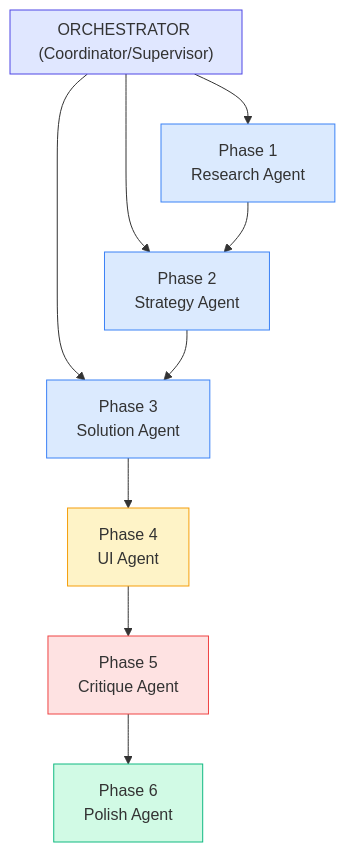
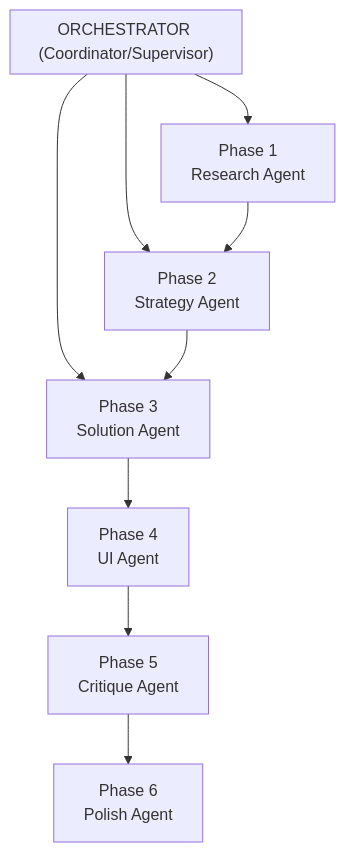
One commit to smileynet/ui-optimizer changed the diagram in docs/workflow/orchestrator.md. Above: the diagram before and after it, drawn with Mermaid. The commit also changed 6 other files, not shown here.

First line of the commit message:
fix: remove hardcoded Mermaid fill colors for dark mode compatibility

````diff
--- a/docs/workflow/orchestrator.md
+++ b/docs/workflow/orchestrator.md
@@ -11,25 +11,17 @@
 ```mermaid
 flowchart TB
     subgraph Orchestrator["ORCHESTRATOR (Coordinator/Supervisor)"]
         direction LR
     end
     
     Orchestrator --> P1 & P2 & P3
     
     P1["Phase 1<br/>Research Agent"]
     P2["Phase 2<br/>Strategy Agent"]
     P3["Phase 3<br/>Solution Agent"]
     P4["Phase 4<br/>UI Agent"]
     P5["Phase 5<br/>Critique Agent"]
     P6["Phase 6<br/>Polish Agent"]
     
     P1 --> P2 --> P3 --> P4 --> P5 --> P6
-    
-    style Orchestrator fill:#e0e7ff,stroke:#4f46e5
-    style P1 fill:#dbeafe,stroke:#3b82f6
-    style P2 fill:#dbeafe,stroke:#3b82f6
-    style P3 fill:#dbeafe,stroke:#3b82f6
-    style P4 fill:#fef3c7,stroke:#f59e0b
-    style P5 fill:#fee2e2,stroke:#ef4444
-    style P6 fill:#d1fae5,stroke:#10b981
 ```
````
